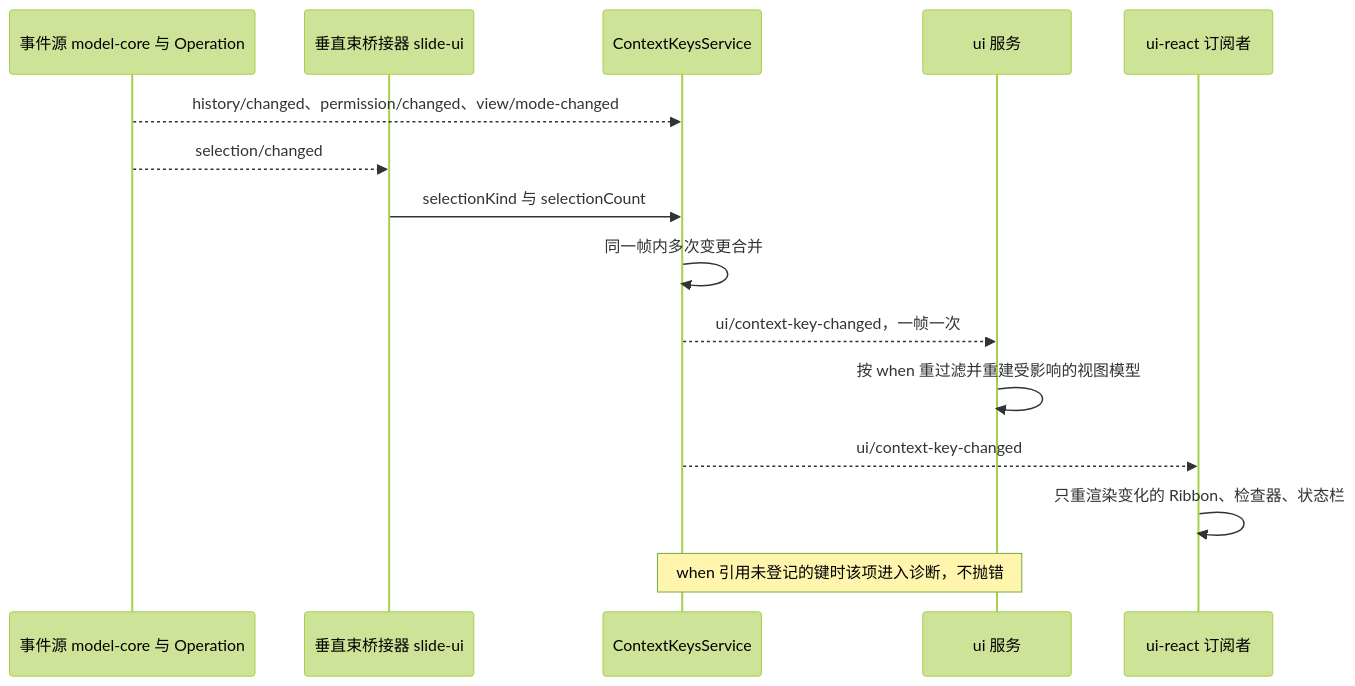
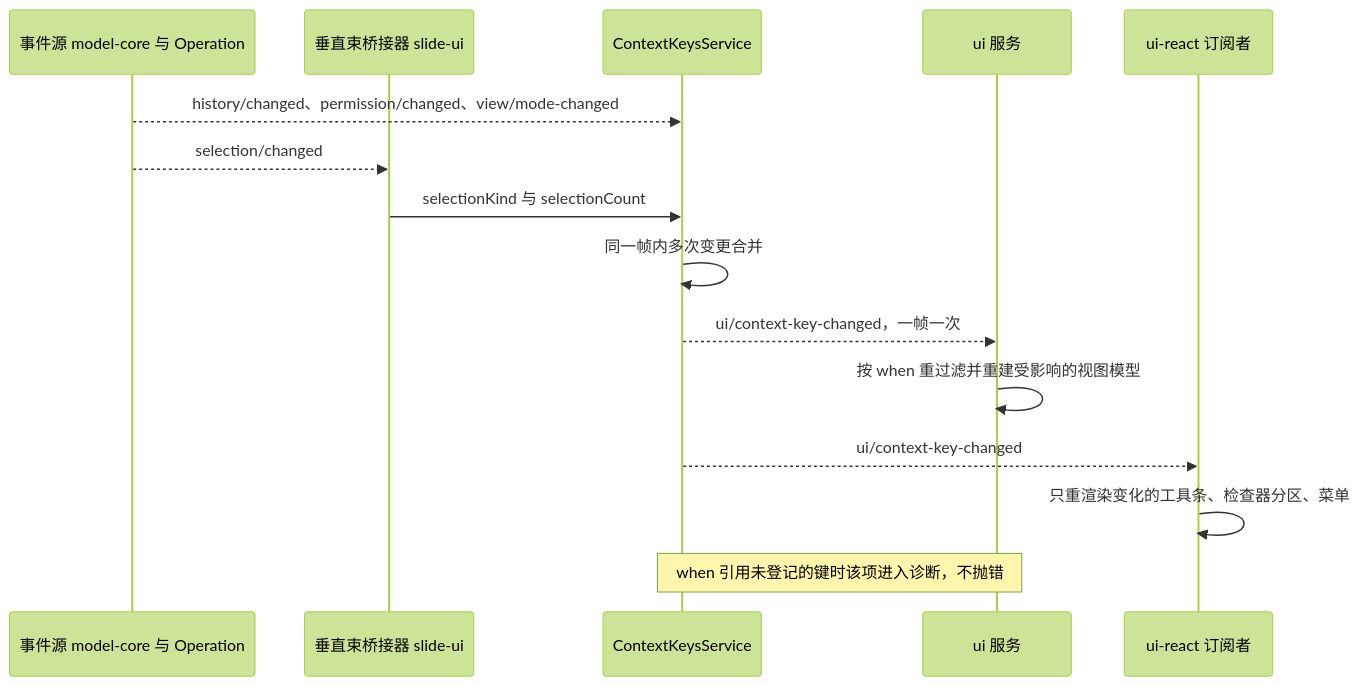
One commit to Xeonice/cordis-ppt-editor changed the seventh of 8 diagrams in docs/50-frontend/09-ui-system-and-theming.md. Above: the diagram before and after it, drawn with Mermaid (forest theme). The commit also changed other lines of this file and 25 other files, not shown here.

````diff
--- a/docs/50-frontend/09-ui-system-and-theming.md
+++ b/docs/50-frontend/09-ui-system-and-theming.md
@@ -478,17 +550,17 @@
 ```mermaid
 sequenceDiagram
   participant src as 事件源 model-core 与 Operation
   participant bridge as 垂直束桥接器 slide-ui
   participant keys as ContextKeysService
   participant ui as ui 服务
   participant react as ui-react 订阅者
   src-->>keys: history/changed、permission/changed、view/mode-changed
   src-->>bridge: selection/changed
   bridge->>keys: selectionKind 与 selectionCount
   keys->>keys: 同一帧内多次变更合并
   keys-->>ui: ui/context-key-changed，一帧一次
   ui->>ui: 按 when 重过滤并重建受影响的视图模型
   keys-->>react: ui/context-key-changed
-  react->>react: 只重渲染变化的 Ribbon、检查器、状态栏
+  react->>react: 只重渲染变化的工具条、检查器分区、菜单
   Note over keys,ui: when 引用未登记的键时该项进入诊断，不抛错
 ```
````
